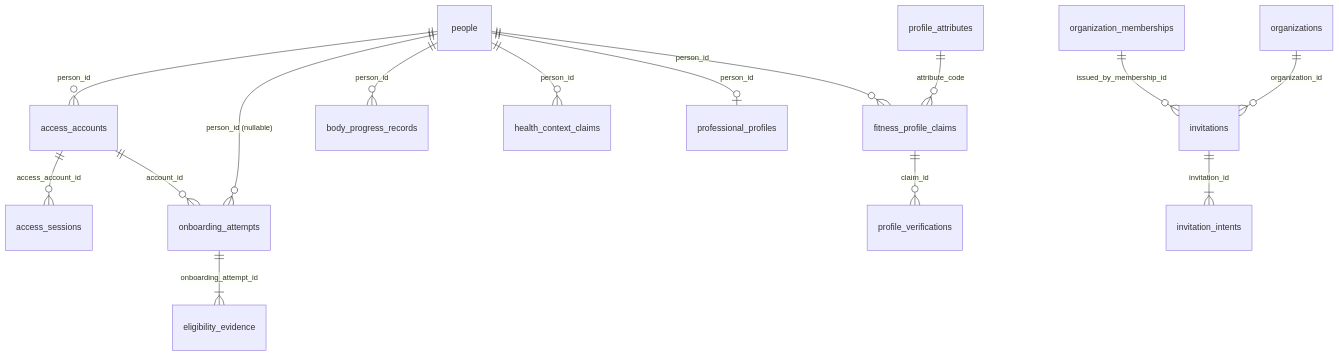
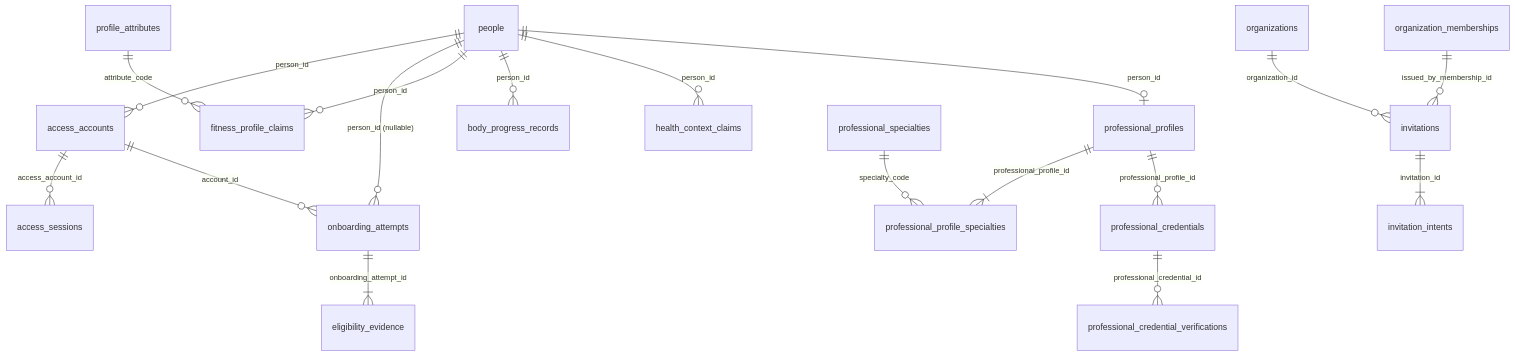
The first of 9 diagrams in platform/database/refactor/03_PROPOSED_DESIGN/V1_LOGICAL_ERD.md (allfitone/allfitone-docs), drawn with Mermaid before and after one commit. The commit also changed other lines of this file and 19 other files, not shown here.

Commit message:
docs(studio): define professional profile model

````diff
--- a/platform/database/refactor/03_PROPOSED_DESIGN/V1_LOGICAL_ERD.md
+++ b/platform/database/refactor/03_PROPOSED_DESIGN/V1_LOGICAL_ERD.md
@@ -91,17 +91,20 @@
 ```mermaid
 erDiagram
     people ||--o{ access_accounts : "person_id"
     access_accounts ||--o{ access_sessions : "access_account_id"
     people ||--o{ onboarding_attempts : "person_id (nullable)"
     access_accounts ||--o{ onboarding_attempts : "account_id"
     onboarding_attempts ||--|{ eligibility_evidence : "onboarding_attempt_id"
     profile_attributes ||--o{ fitness_profile_claims : "attribute_code"
     people ||--o{ fitness_profile_claims : "person_id"
     people ||--o{ body_progress_records : "person_id"
     people ||--o{ health_context_claims : "person_id"
-    fitness_profile_claims ||--o{ profile_verifications : "claim_id"
     people ||--o| professional_profiles : "person_id"
+    professional_profiles ||--|{ professional_profile_specialties : "professional_profile_id"
+    professional_specialties ||--o{ professional_profile_specialties : "specialty_code"
+    professional_profiles ||--o{ professional_credentials : "professional_profile_id"
+    professional_credentials ||--o{ professional_credential_verifications : "professional_credential_id"
     organizations ||--o{ invitations : "organization_id"
     organization_memberships ||--o{ invitations : "issued_by_membership_id"
     invitations ||--|{ invitation_intents : "invitation_id"
 ```
````
